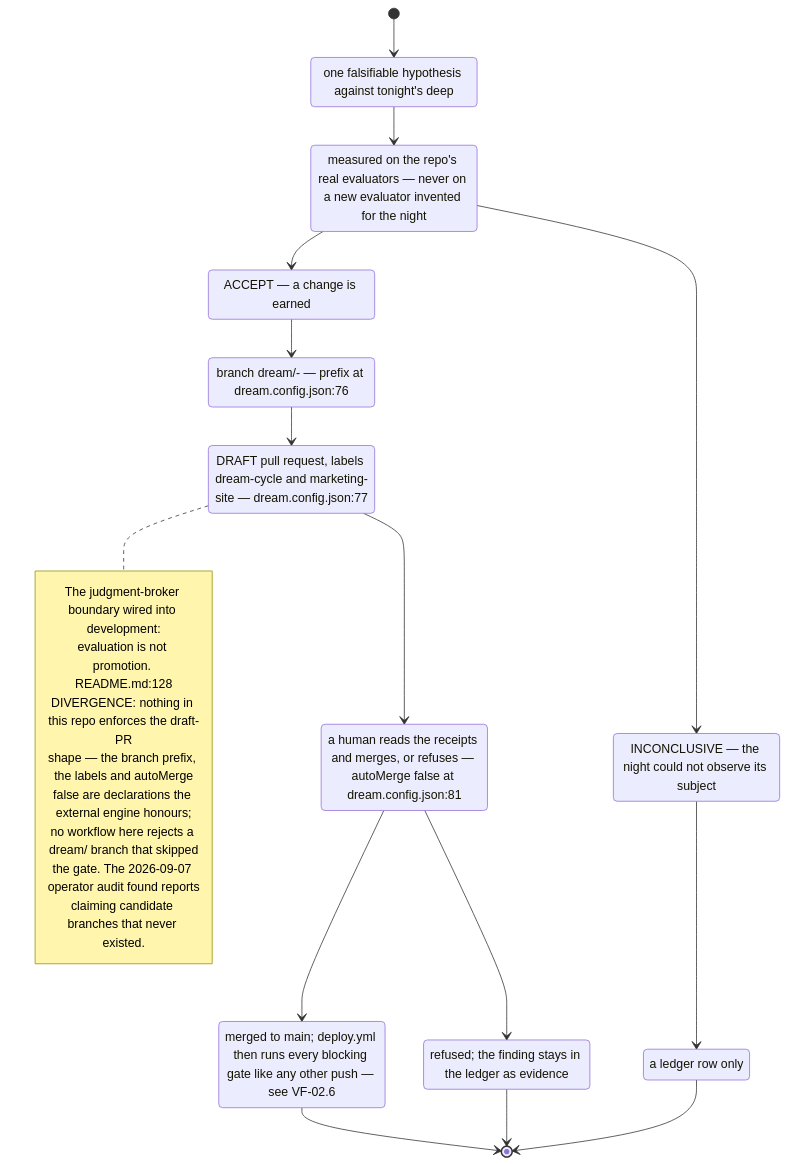
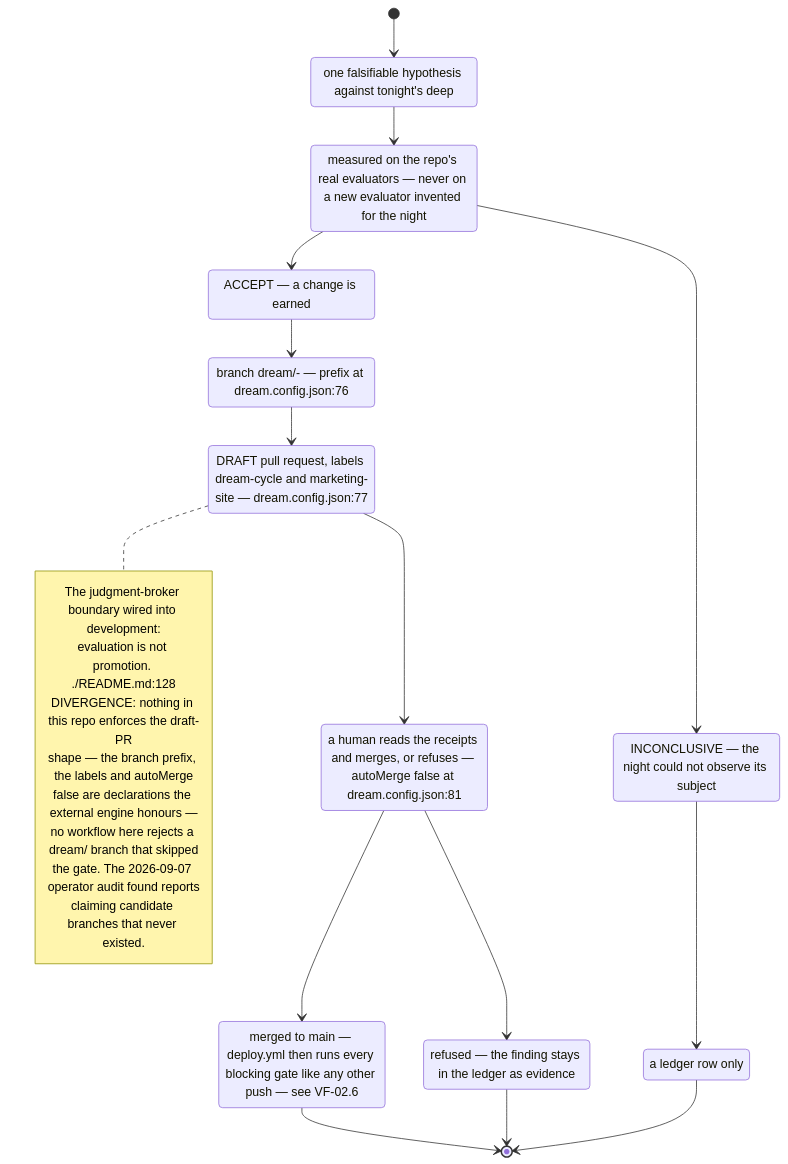
One commit to DreamLab-AI/VisionFlow changed the ninth of 10 diagrams in docs/diagrams/visionflow/04-dream-cycle-integration.md. Above: the diagram before and after it, drawn with Mermaid. The commit also changed other lines of this file and 185 other files, not shown here.

Commit message:
docs(estate): reconcile diagrams and ADRs with source and define closeout sprint

````diff
--- a/docs/diagrams/visionflow/04-dream-cycle-integration.md
+++ b/docs/diagrams/visionflow/04-dream-cycle-integration.md
@@ -255,37 +255,37 @@
 ```mermaid
 stateDiagram-v2
     direction TB
     [*] --> Hypothesis
     state "one falsifiable hypothesis against tonight's deep" as Hypothesis
     Hypothesis --> Measured
     state "measured on the repo's real evaluators — never on a new evaluator invented for the night" as Measured
     Measured --> Accept
     Measured --> Inconclusive
     state "ACCEPT — a change is earned" as Accept
     state "INCONCLUSIVE — the night could not observe its subject" as Inconclusive
     Accept --> Branch
     state "branch dream/<deep>-<date> — prefix at dream.config.json:76" as Branch
     Branch --> Draft
     state "DRAFT pull request, labels dream-cycle and marketing-site — dream.config.json:77" as Draft
     Draft --> Human
     state "a human reads the receipts and merges, or refuses — autoMerge false at dream.config.json:81" as Human
     Human --> Merged
     Human --> Refused
-    state "merged to main; deploy.yml then runs every blocking gate like any other push — see VF-02.6" as Merged
-    state "refused; the finding stays in the ledger as evidence" as Refused
+    state "merged to main — deploy.yml then runs every blocking gate like any other push — see VF-02.6" as Merged
+    state "refused — the finding stays in the ledger as evidence" as Refused
     Inconclusive --> LedgerOnly
     state "a ledger row only" as LedgerOnly
     Merged --> [*]
     Refused --> [*]
     LedgerOnly --> [*]
     note right of Draft
       The judgment-broker boundary wired into development:
-      evaluation is not promotion. README.md:128
+      evaluation is not promotion. ./README.md:128
       DIVERGENCE: nothing in this repo enforces the draft-PR
       shape — the branch prefix, the labels and autoMerge
-      false are declarations the external engine honours;
+      false are declarations the external engine honours —
       no workflow here rejects a dream/ branch that skipped
       the gate. The 2026-09-07 operator audit found reports
       claiming candidate branches that never existed.
     end note
 ```
````
